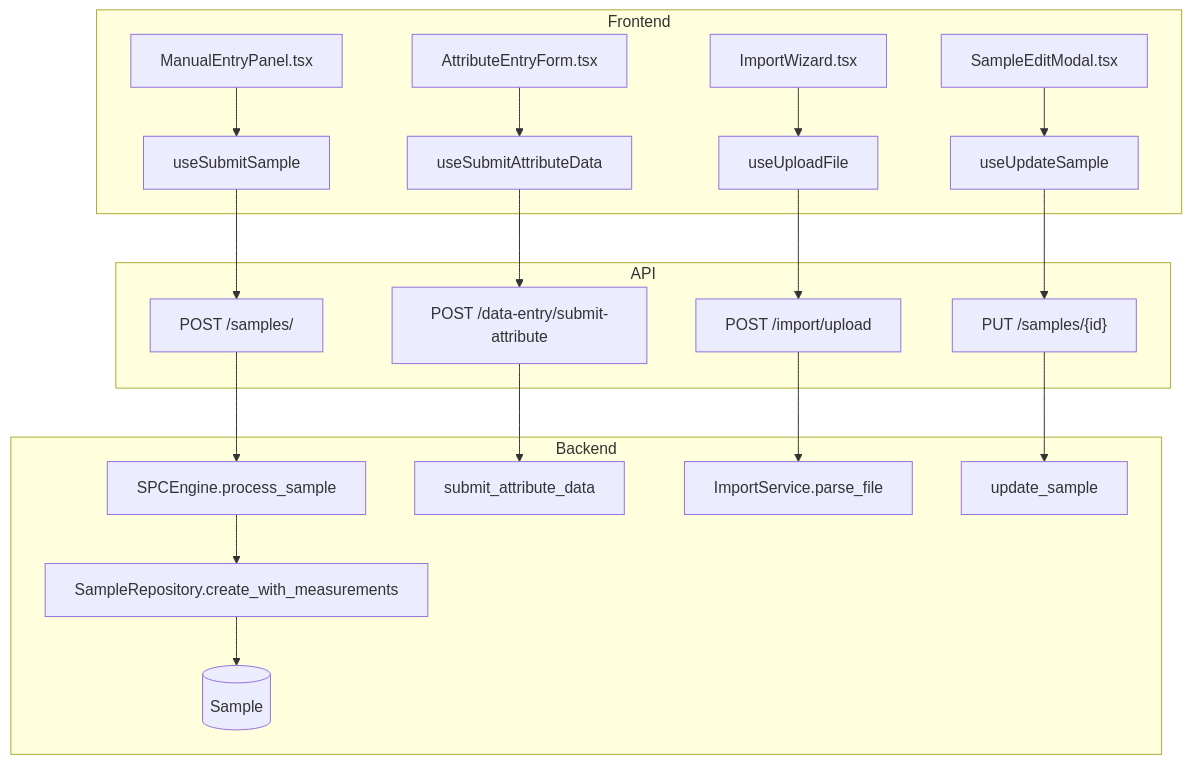
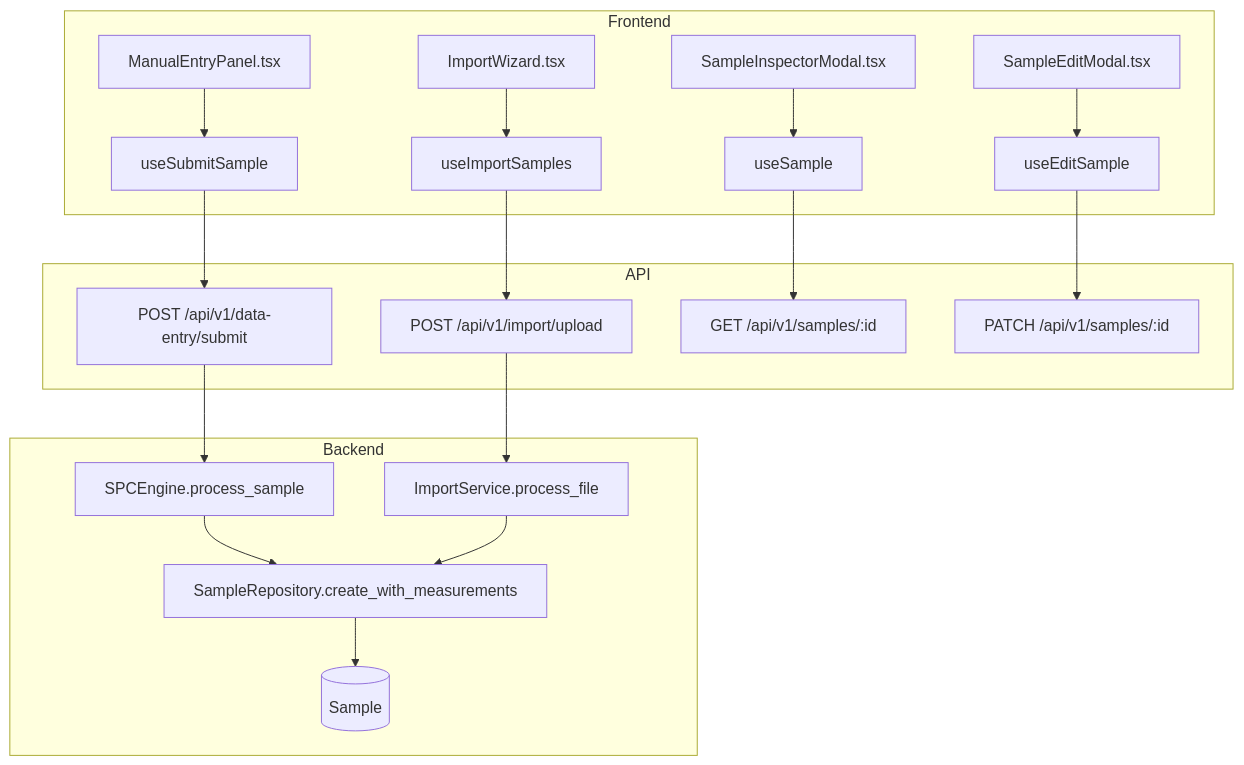
The first of 2 diagrams in .knowledge/features/data-entry.md (saturnis-io/cassini), drawn with Mermaid before and after one commit. The commit also changed other lines of this file and 15 other files, not shown here.

Commit message:
knowledge-graph: regenerate

````diff
--- a/.knowledge/features/data-entry.md
+++ b/.knowledge/features/data-entry.md
@@ -5,23 +5,22 @@
 ```mermaid
 flowchart TD
     subgraph Frontend
         C1[ManualEntryPanel.tsx] --> H1[useSubmitSample]
-        C2[AttributeEntryForm.tsx] --> H2[useSubmitAttributeData]
-        C3[ImportWizard.tsx] --> H3[useUploadFile]
-        C4[SampleEditModal.tsx] --> H4[useUpdateSample]
+        C2[ImportWizard.tsx] --> H2[useImportSamples]
+        C3[SampleInspectorModal.tsx] --> H3[useSample]
+        C4[SampleEditModal.tsx] --> H4[useEditSample]
     end
     subgraph API
-        H1 --> E1["POST /samples/"]
-        H2 --> E2["POST /data-entry/submit-attribute"]
-        H3 --> E3["POST /import/upload"]
-        H4 --> E4["PUT /samples/{id}"]
+        H1 --> E1[POST /api/v1/data-entry/submit]
+        H2 --> E2[POST /api/v1/import/upload]
+        H3 --> E3[GET /api/v1/samples/:id]
+        H4 --> E4[PATCH /api/v1/samples/:id]
     end
     subgraph Backend
         E1 --> S1[SPCEngine.process_sample]
-        E2 --> S2[submit_attribute_data]
-        E3 --> S3[ImportService.parse_file]
-        E4 --> S4[update_sample]
         S1 --> R1[SampleRepository.create_with_measurements]
         R1 --> M1[(Sample)]
+        E2 --> S2[ImportService.process_file]
+        S2 --> R1
     end
 ```
````
